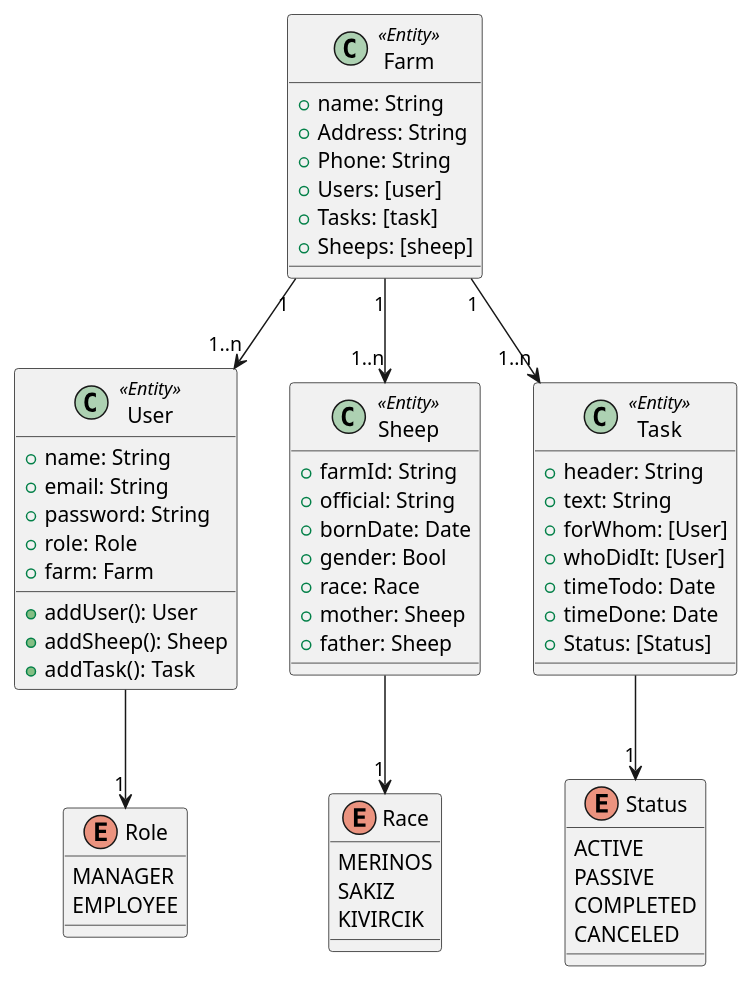
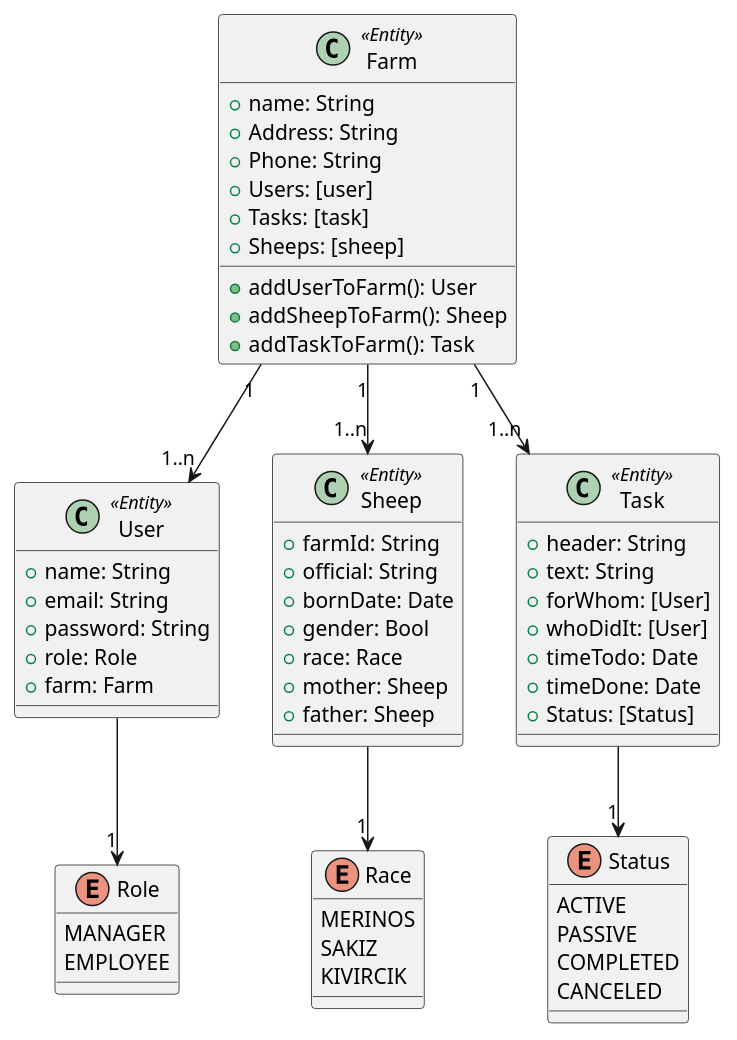
Before and after one commit to sametkoyuncu/nimble-dev-js-course: the diagram in sheepFarm/uml.puml, drawn with PlantUML. The commit also changed 2 other files, not shown here.

Commit message:
Moved 3 methods from User to Farm

```diff
--- a/sheepFarm/uml.puml
+++ b/sheepFarm/uml.puml
@@ -1,68 +1,68 @@
 @startuml "Class Diagram"
 
 class Farm <<Entity>> {
     + name: String
     + Address: String
     + Phone: String
     + Users: [user]
     + Tasks: [task]
     + Sheeps: [sheep]
+    + addUserToFarm(): User
+    + addSheepToFarm(): Sheep
+    + addTaskToFarm(): Task
 }
 
 class User <<Entity>> {
     + name: String
     + email: String
     + password: String
     + role: Role
     + farm: Farm
-    + addUser(): User
-    + addSheep(): Sheep
-    + addTask(): Task
 }
 
 class Sheep <<Entity>> {
     + farmId: String
     + official: String
     + bornDate: Date
     + gender: Bool
     + race: Race
     + mother: Sheep
     + father: Sheep
 }
 
 class Task <<Entity>> {
     + header: String
     + text: String
     + forWhom: [User]
     + whoDidIt: [User]
     + timeTodo: Date
     + timeDone: Date
     + Status: [Status]
 }
 
 enum Role {
     MANAGER
     EMPLOYEE
 }
 
 enum Race {
     MERINOS
     SAKIZ
     KIVIRCIK
 }
 
 enum Status {
     ACTIVE
     PASSIVE
     COMPLETED
     CANCELED
 }
 
 Farm "1" --> "1..n" User
 Farm "1" --> "1..n" Sheep
 User --> "1" Role
 Sheep --> "1" Race
 Task --> "1" Status
 Farm "1" --> "1..n" Task
 
 @enduml
```
